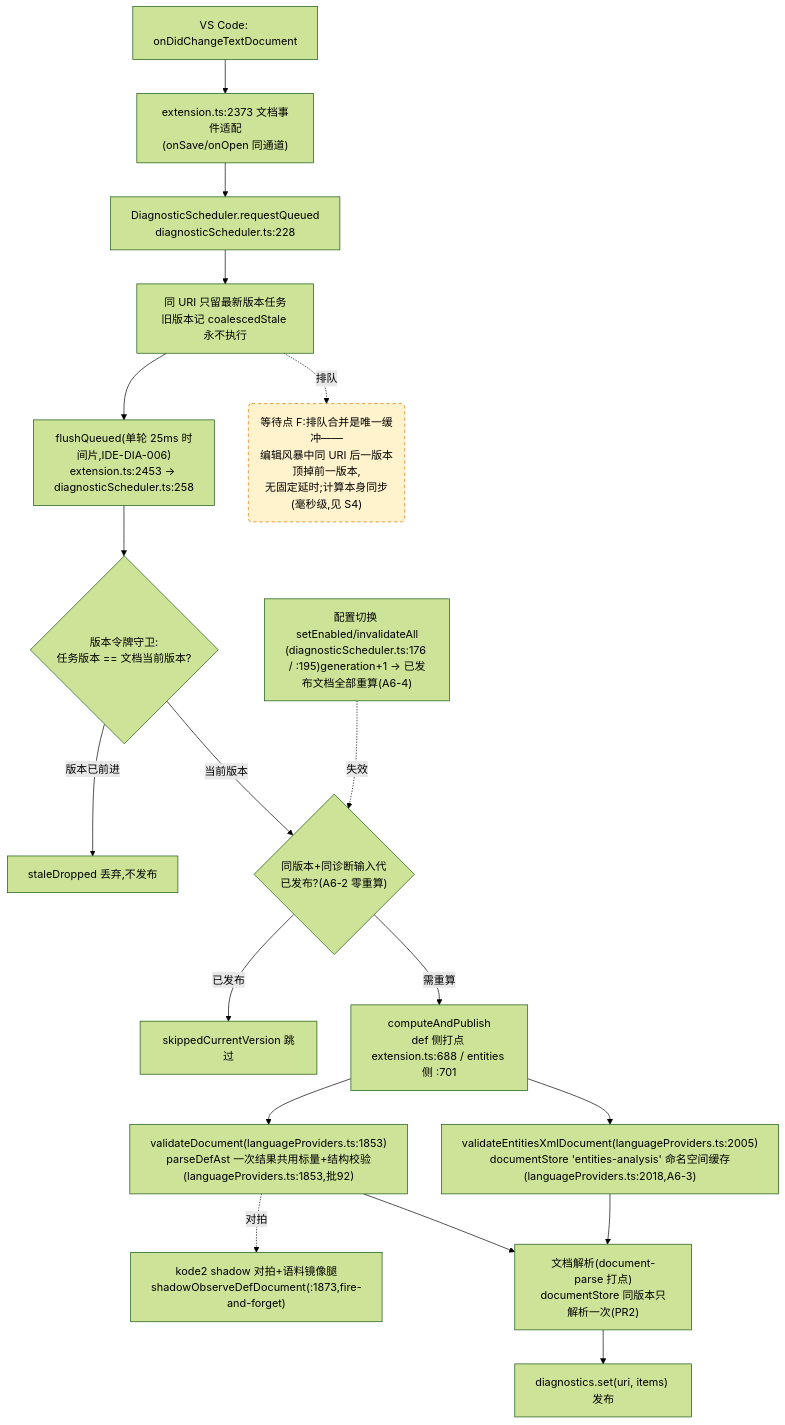
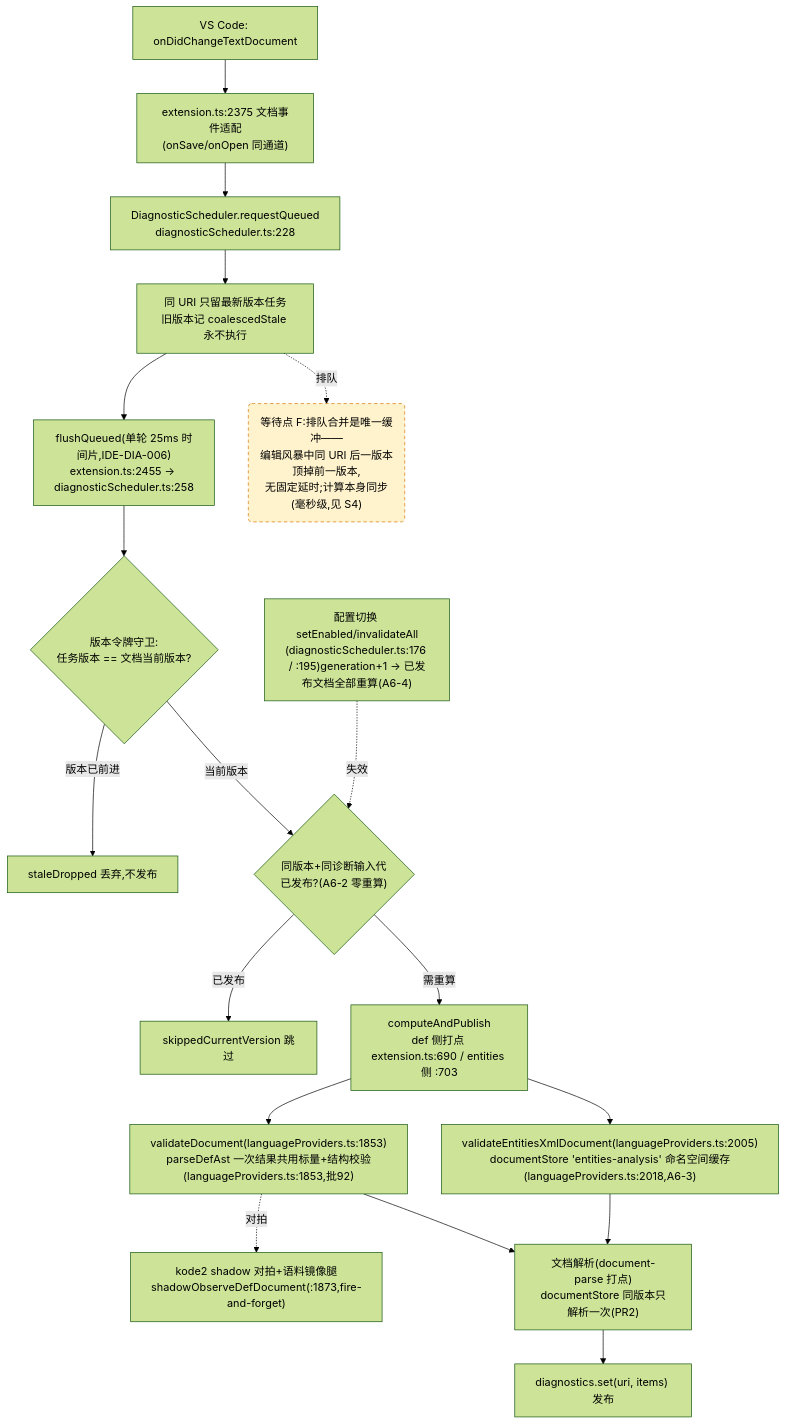
One commit to cuihairu/kode changed the fourth of 4 diagrams in docs/perf/2026-baseline.md. Above: the diagram before and after it, drawn with Mermaid (forest theme). The commit also changed other lines of this file and 92 other files, not shown here.

````diff
--- a/docs/perf/2026-baseline.md
+++ b/docs/perf/2026-baseline.md
@@ -214,38 +214,38 @@
 ```mermaid
 flowchart TD
   CHG["VS Code: onDidChangeTextDocument"]
-  WATCH["extension.ts:2373 文档事件适配<br/>(onSave/onOpen 同通道)"]
+  WATCH["extension.ts:2375 文档事件适配<br/>(onSave/onOpen 同通道)"]
   RQ["DiagnosticScheduler.requestQueued<br/>diagnosticScheduler.ts:228"]
   CO["同 URI 只留最新版本任务<br/>旧版本记 coalescedStale 永不执行"]
-  FL["flushQueued(单轮 25ms 时间片,IDE-DIA-006)<br/>extension.ts:2453 → diagnosticScheduler.ts:258"]
+  FL["flushQueued(单轮 25ms 时间片,IDE-DIA-006)<br/>extension.ts:2455 → diagnosticScheduler.ts:258"]
   VG{"版本令牌守卫:<br/>任务版本 == 文档当前版本?"}
   DROP["staleDropped 丢弃,不发布"]
   GEN{"同版本+同诊断输入代<br/>已发布?(A6-2 零重算)"}
   SKIP["skippedCurrentVersion 跳过"]
-  CALC["computeAndPublish<br/>def 侧打点 extension.ts:688 / entities 侧 :701"]
+  CALC["computeAndPublish<br/>def 侧打点 extension.ts:690 / entities 侧 :703"]
   VD["validateDocument(languageProviders.ts:1853)<br/>parseDefAst 一次结果共用标量+结构校验(languageProviders.ts:1853,批92)"]
   VEX["validateEntitiesXmlDocument(languageProviders.ts:2005)<br/>documentStore 'entities-analysis' 命名空间缓存(languageProviders.ts:2018,A6-3)"]
   SHDD["kode2 shadow 对拍+语料镜像腿<br/>shadowObserveDefDocument(:1873,fire-and-forget)"]
   DS["文档解析(document-parse 打点)<br/>documentStore 同版本只解析一次(PR2)"]
   PUB["diagnostics.set(uri, items) 发布"]
   CFG2["配置切换 setEnabled/invalidateAll<br/>(diagnosticScheduler.ts:176 / :195)generation+1 → 已发布文档全部重算(A6-4)"]
 
   CHG --> WATCH --> RQ --> CO --> FL --> VG
   VG -- "版本已前进" --> DROP
   VG -- "当前版本" --> GEN
   GEN -- "已发布" --> SKIP
   GEN -- "需重算" --> CALC
   CALC --> VD
   CALC --> VEX
   VD --> DS
   VEX --> DS
   DS --> PUB
   VD -.->|对拍| SHDD
   CFG2 -.->|失效| GEN
 
   WAITF("等待点 F:排队合并是唯一缓冲——<br/>编辑风暴中同 URI 后一版本顶掉前一版本,<br/>无固定延时;计算本身同步(毫秒级,见 S4)")
   CO -.->|排队| WAITF
 
   classDef waitPoint fill:#fff3cd,stroke:#d97706,stroke-dasharray:5 4;
   class WAITF waitPoint;
 ```
````
